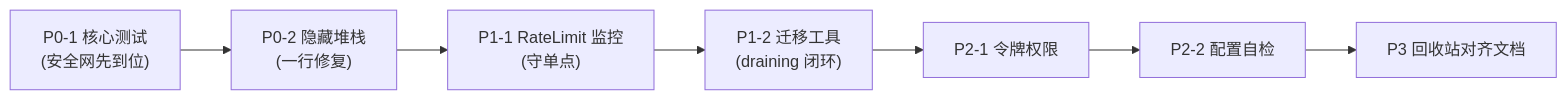
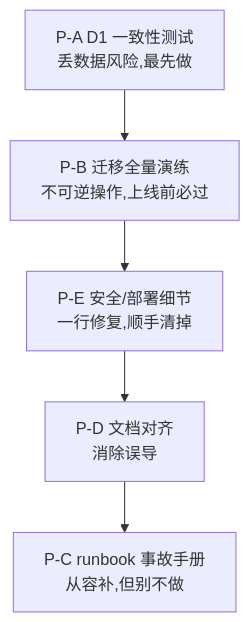
Before and after one commit to ID-VerNe/edge-image-gateway: the diagram in docs/task.md, drawn with Mermaid. The commit also changed other lines of this file and 14 other files, not shown here.

````diff
--- a/docs/task.md
+++ b/docs/task.md
@@ -495,9 +335,7 @@
 ```mermaid
-flowchart LR
-    A["P0-1 核心测试<br/>(安全网先到位)"] --> B["P0-2 隐藏堆栈<br/>(一行修复)"]
-    B --> C["P1-1 RateLimit 监控<br/>(守单点)"]
-    C --> D["P1-2 迁移工具<br/>(draining 闭环)"]
-    D --> E["P2-1 令牌权限"]
-    E --> F["P2-2 配置自检"]
-    F --> G["P3 回收站对齐文档"]
+flowchart TD
+    A["P-A D1 一致性测试<br/>丢数据风险,最先做"] --> B["P-B 迁移全量演练<br/>不可逆操作,上线前必过"]
+    B --> C["P-E 安全/部署细节<br/>一行修复,顺手清掉"]
+    C --> D["P-D 文档对齐<br/>消除误导"]
+    D --> E["P-C runbook 事故手册<br/>从容补,但别不做"]
 ```
````
